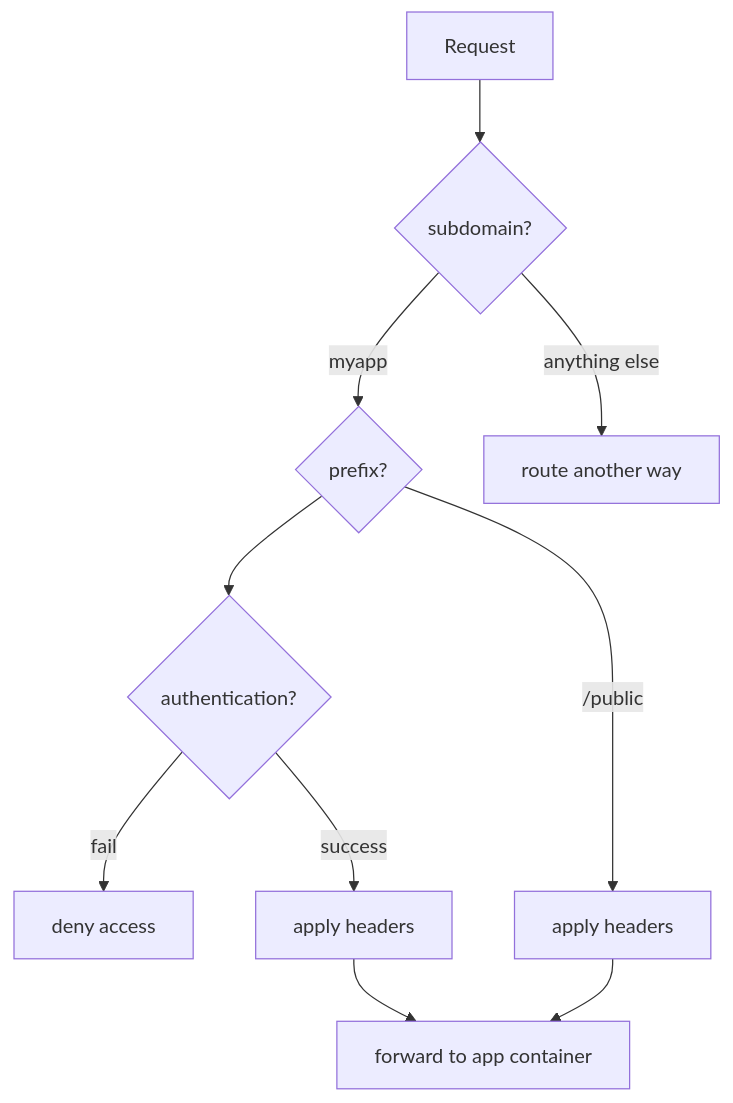
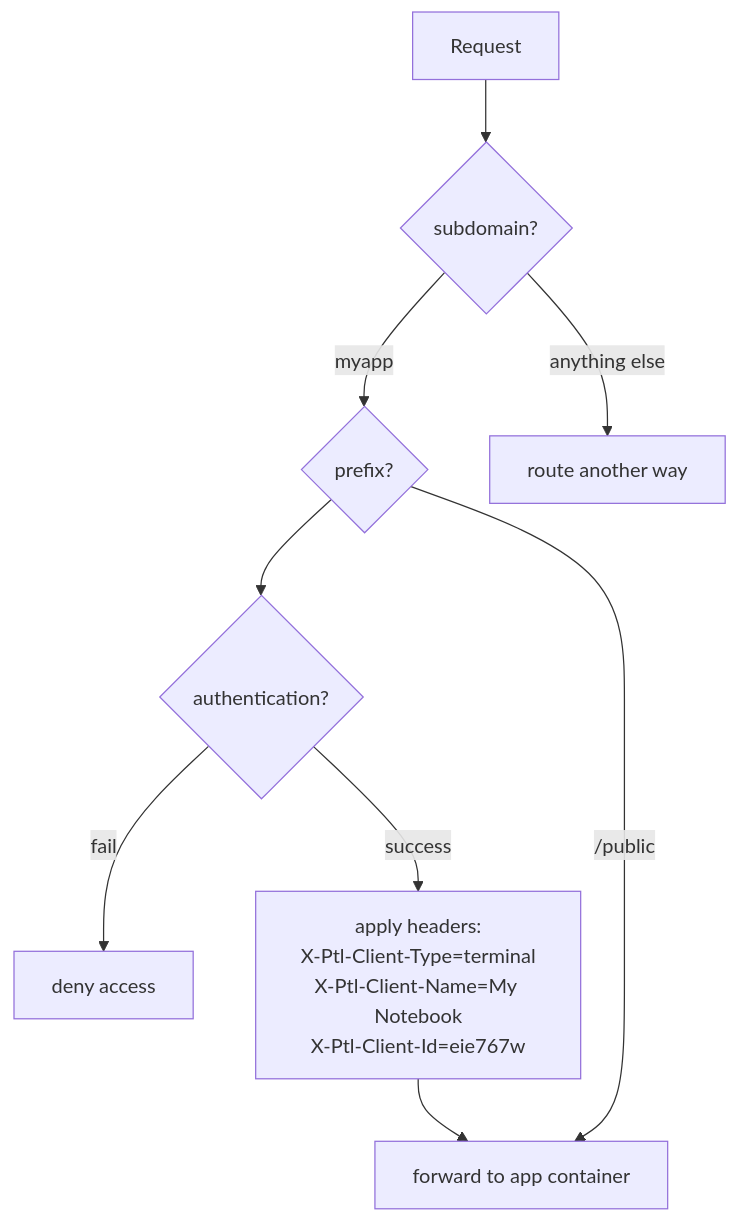
One commit to FreeshardBase/documentation changed the first of 2 diagrams in docs/routing_and_ac.md. Above: the diagram before and after it, drawn with Mermaid. The commit also changed other lines of this file and 7 other files, not shown here.

````diff
--- a/docs/routing_and_ac.md
+++ b/docs/routing_and_ac.md
@@ -74,12 +80,11 @@
 ```mermaid
 graph TD
   Request --> sub{subdomain?};
   sub -->|myapp| pre{prefix?};
   sub -->|anything else| away[route another way];
   pre -->|<default>| auth{authentication?};
   auth -->|fail| deny[deny access];
-  auth -->|success| head_auth[apply headers];
-  pre -->|/public| head_pub[apply headers]; 
-  head_pub --> forward[forward to app container];
+  auth -->|success| head_auth[apply headers:<br>X-Ptl-Client-Type=terminal<br>X-Ptl-Client-Name=My Notebook<br>X-Ptl-Client-Id=eie767w];
+  pre -->|/public| forward[forward to app container];
   head_auth --> forward
 ```
````
